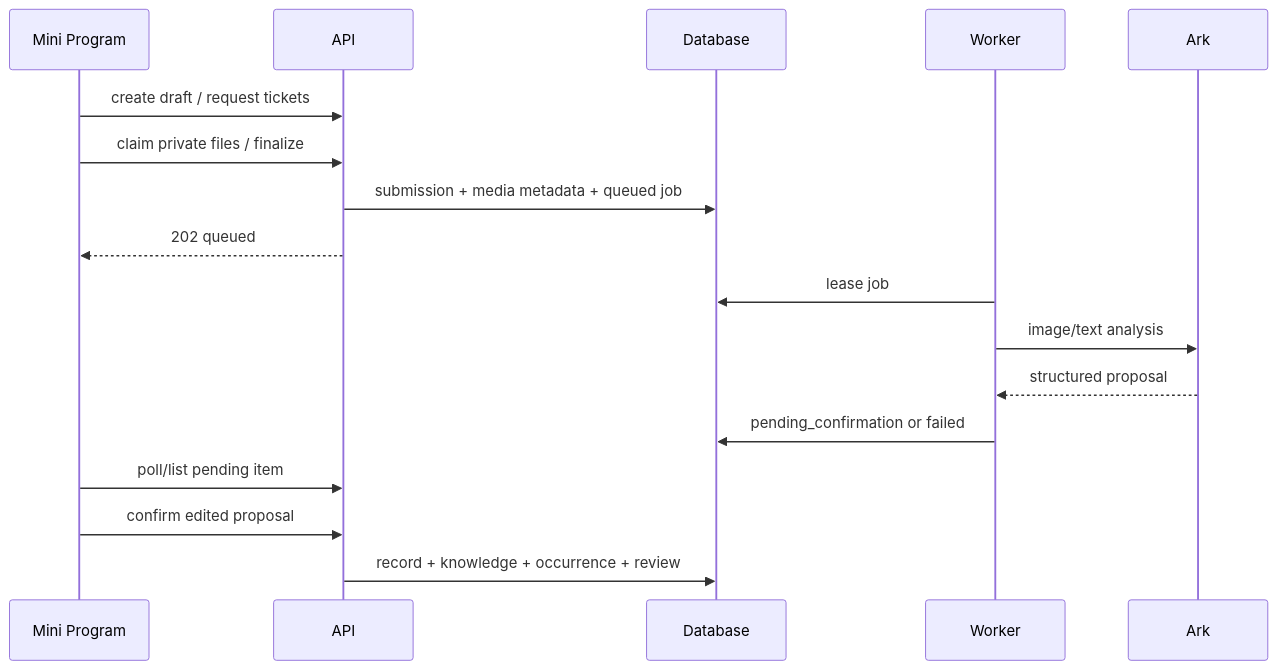
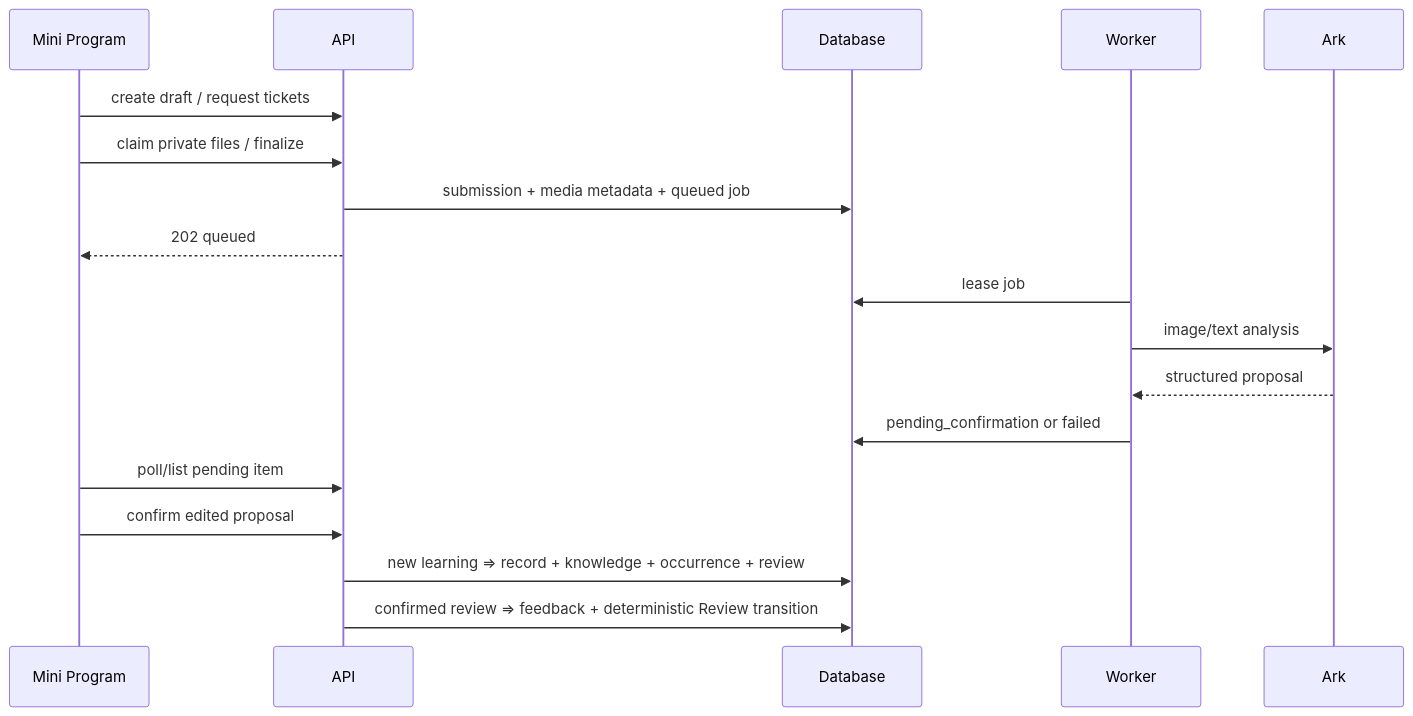
One commit to wangyu-bytedance/push_kids changed the second of 3 diagrams in docs/architecture/ARCHITECTURE.md. Above: the diagram before and after it, drawn with Mermaid. The commit also changed other lines of this file and 140 other files, not shown here.

````diff
--- a/docs/architecture/ARCHITECTURE.md
+++ b/docs/architecture/ARCHITECTURE.md
@@ -104,19 +115,20 @@
 ```mermaid
 sequenceDiagram
   participant M as Mini Program
   participant A as API
   participant D as Database
   participant W as Worker
   participant K as Ark
   M->>A: create draft / request tickets
   M->>A: claim private files / finalize
   A->>D: submission + media metadata + queued job
   A-->>M: 202 queued
   W->>D: lease job
   W->>K: image/text analysis
   K-->>W: structured proposal
   W->>D: pending_confirmation or failed
   M->>A: poll/list pending item
   M->>A: confirm edited proposal
-  A->>D: record + knowledge + occurrence + review
+  A->>D: new learning => record + knowledge + occurrence + review
+  A->>D: confirmed review => feedback + deterministic Review transition
 ```
````
